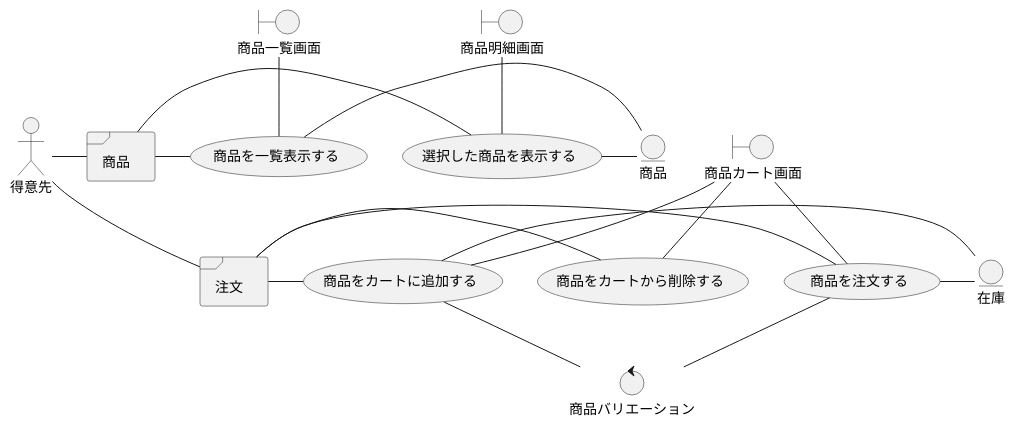
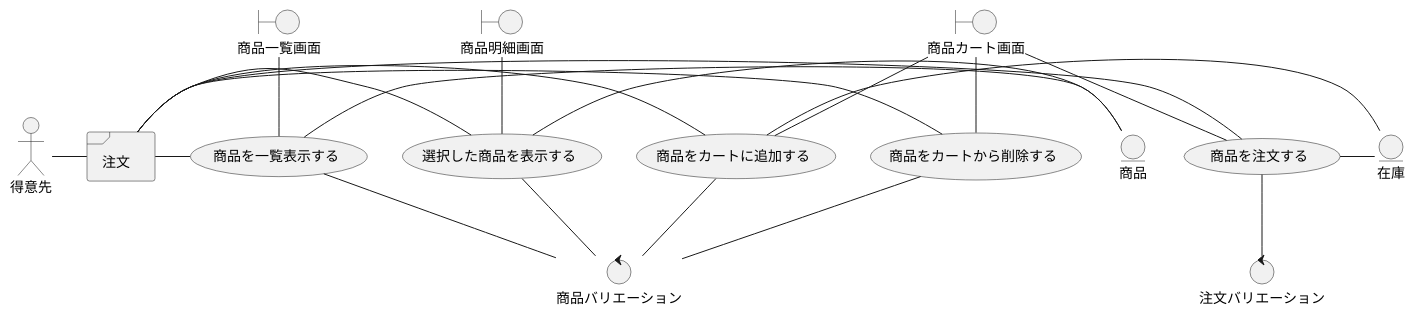
Before and after one commit to k2works/application_programing_excercise_2022: diagram 23 of 49 in docs/index.adoc, drawn with PlantUML. The commit also changed other lines of this file, not shown here.

```diff
--- a/docs/index.adoc
+++ b/docs/index.adoc
@@ -779,37 +817,39 @@
 [plantuml]
 ----
 @startuml
 actor "得意先" as ac_01
-frame "商品" as f01
-frame "注文" as f02
+frame "注文" as f01
 usecase "商品を一覧表示する" as UC1
 usecase "選択した商品を表示する" as UC2
 usecase "商品をカートに追加する" as UC3
 usecase "商品を注文する" as UC4
 usecase "商品をカートから削除する" as UC5
 boundary "商品一覧画面" as b01
 boundary "商品明細画面" as b02
 boundary "商品カート画面" as b03
 entity "商品" as e01
 entity "在庫" as e02
 control "商品バリエーション" as c01
+control "注文バリエーション" as c02
 
 ac_01 - f01
-ac_01 -- f02
 f01 - UC1
 f01 - UC2
-f02 - UC3
-f02 - UC4
-f02 - UC5
+f01 - UC3
+f01 - UC4
+f01 - UC5
 b01 -- UC1
 b02 -- UC2
 b03 -- UC3
 b03 -- UC4
 b03 -- UC5
 UC1 - e01
 UC2 - e01
 UC3 - e02
 UC4 - e02
+UC1 -- c01
+UC2 -- c01
 UC3 -- c01
-UC4 -- c01
+UC4 -- c02
+UC5 -- c01
 ----
```
